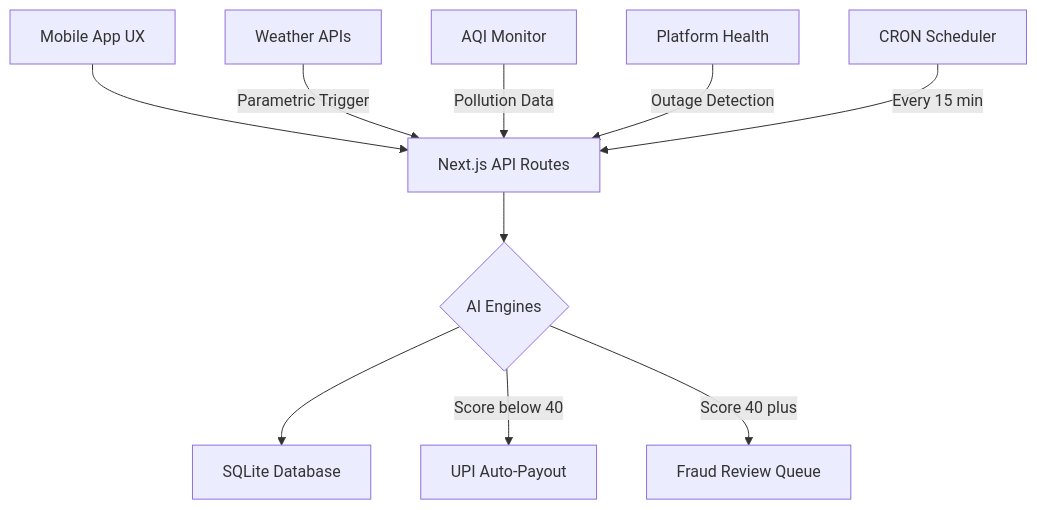
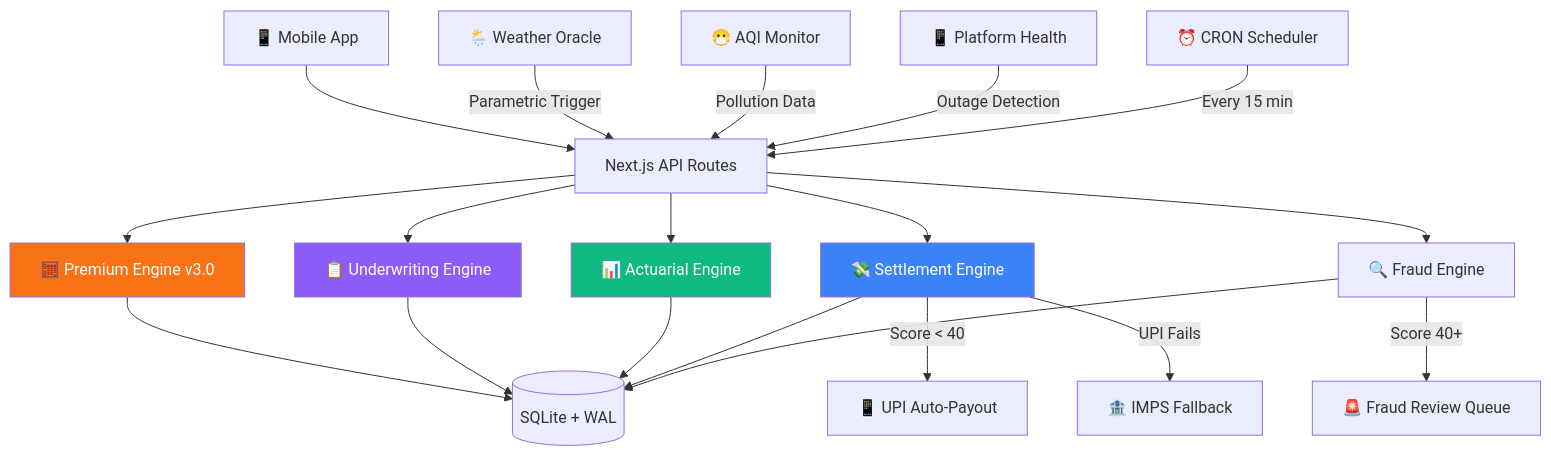
One commit to atul-upadhyay-7/ShiftSafe-DT changed the third of 3 diagrams in README.md. Above: the diagram before and after it, drawn with Mermaid. The commit also changed other lines of this file and 29 other files, not shown here.

````diff
--- a/README.md
+++ b/README.md
@@ -296,15 +502,31 @@
 ```mermaid
 graph TD;
-    A[Mobile App UX] --> B[Next.js API Routes];
-    B --> C{AI Engines};
+    A[📱 Mobile App] --> B[Next.js API Routes];
     
-    D[Weather APIs] -->|Parametric Trigger| B;
-    E[AQI Monitor] -->|Pollution Data| B;
-    F[Platform Health] -->|Outage Detection| B;
+    B --> C[🧮 Premium Engine v3.0];
+    B --> D[📋 Underwriting Engine];
+    B --> E[📊 Actuarial Engine];
+    B --> F[💸 Settlement Engine];
+    B --> G[🔍 Fraud Engine];
+    
+    H[🌦️ Weather Oracle] -->|Parametric Trigger| B;
+    I[😷 AQI Monitor] -->|Pollution Data| B;
+    J[📱 Platform Health] -->|Outage Detection| B;
+    
+    C --> K[(SQLite + WAL)];
+    D --> K;
+    E --> K;
+    F --> K;
+    G --> K;
+    
+    F -->|Score < 40| L[📱 UPI Auto-Payout];
+    F -->|UPI Fails| M[🏦 IMPS Fallback];
+    G -->|Score 40+| N[🚨 Fraud Review Queue];
+    
+    O[⏰ CRON Scheduler] -->|Every 15 min| B;
 
-    C --> G[SQLite Database];
-    C -->|Score below 40| H[UPI Auto-Payout];
-    C -->|Score 40 plus| I[Fraud Review Queue];
-    
-    J[CRON Scheduler] -->|Every 15 min| B;
+    style C fill:#f97316,color:#fff
+    style D fill:#8b5cf6,color:#fff
+    style E fill:#10b981,color:#fff
+    style F fill:#3b82f6,color:#fff
 ```
````
